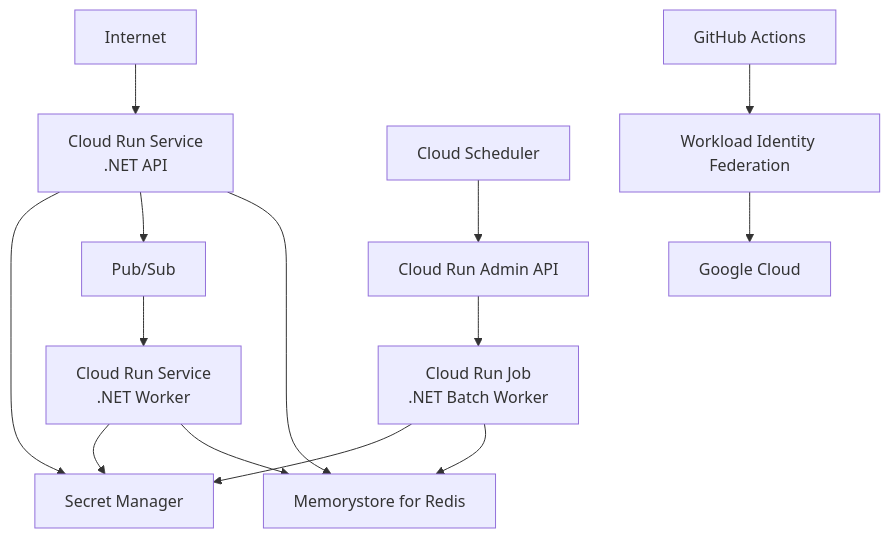
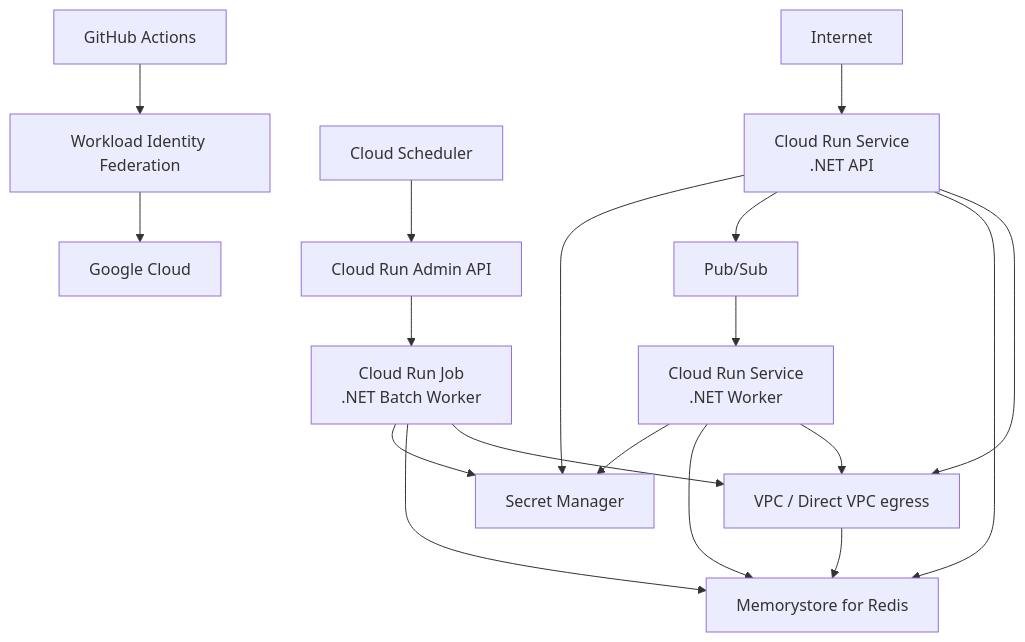
The diagram in README.md (rodri-oliveira-dev/terraform-gcp-dotnet-blueprint), drawn with Mermaid before and after one commit. The commit also changed other lines of this file, not shown here.

Commit message:
docs: add private Redis capability to repository overview

````diff
--- a/README.md
+++ b/README.md
@@ -26,19 +26,24 @@
 ```mermaid
 flowchart TD
     Internet[Internet] --> API[Cloud Run Service\n.NET API]
     API --> Secrets[Secret Manager]
     API --> PubSub[Pub/Sub]
     API --> Redis[Memorystore for Redis]
 
     PubSub --> Worker[Cloud Run Service\n.NET Worker]
     Worker --> Secrets
     Worker --> Redis
 
     Scheduler[Cloud Scheduler] --> JobAPI[Cloud Run Admin API]
     JobAPI --> Batch[Cloud Run Job\n.NET Batch Worker]
     Batch --> Secrets
     Batch --> Redis
 
+    API --> VPC[VPC / Direct VPC egress]
+    Worker --> VPC
+    Batch --> VPC
+    VPC --> Redis
+
     GitHub[GitHub Actions] --> WIF[Workload Identity Federation]
     WIF --> GCP[Google Cloud]
 ```
````
